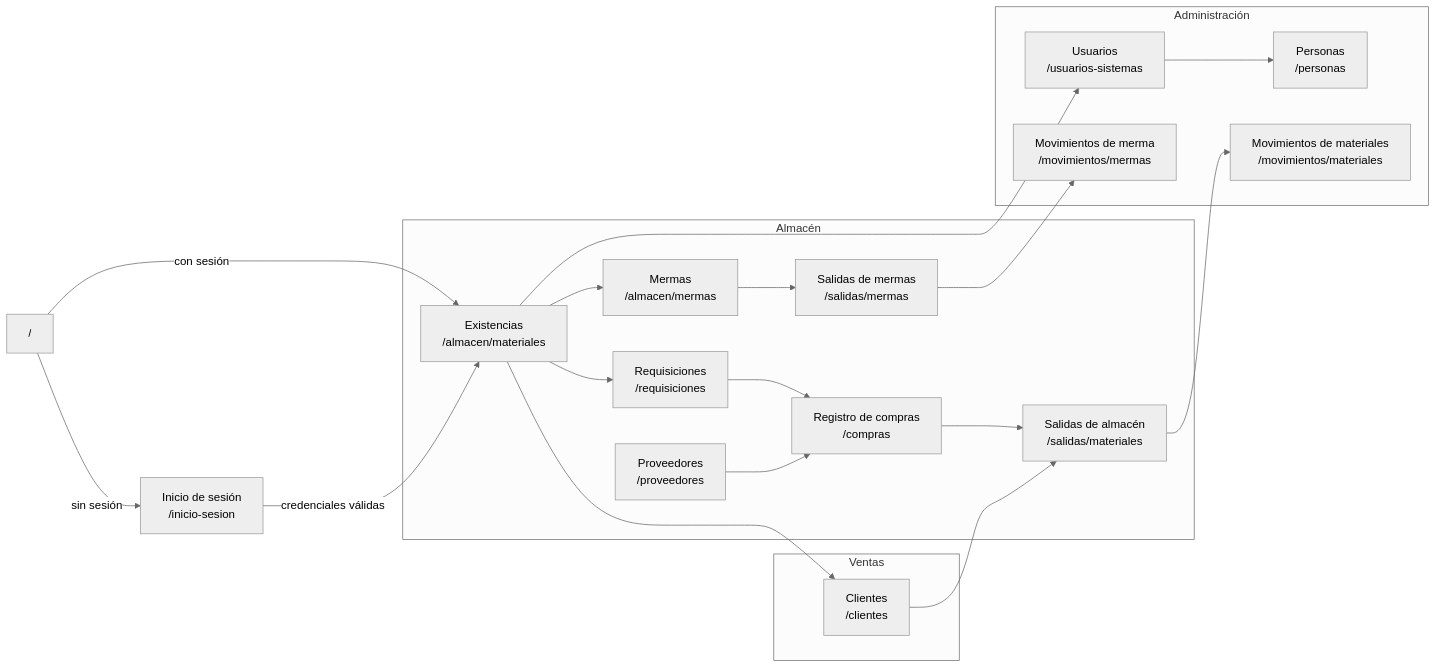
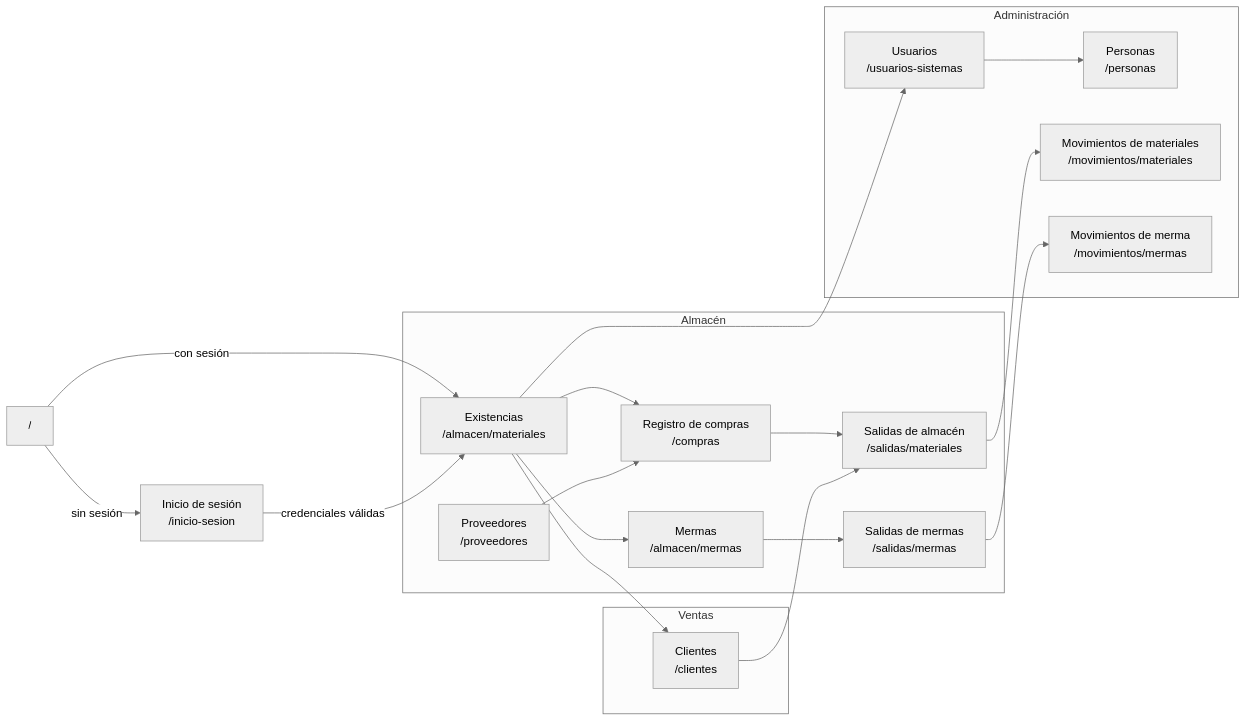
Before and after one commit to gpgsistemas01/nexus: the fourth of 5 diagrams in docs/architecture-and-web-views.md, drawn with Mermaid (neutral theme). The commit also changed other lines of this file and 15 other files, not shown here.

````diff
--- a/docs/architecture-and-web-views.md
+++ b/docs/architecture-and-web-views.md
@@ -140,40 +140,38 @@
 ```mermaid
 flowchart LR
     root["/ "] -->|"sin sesión"| login["Inicio de sesión<br/>/inicio-sesion"]
     root -->|"con sesión"| materials["Existencias<br/>/almacen/materiales"]
     login -->|"credenciales válidas"| materials
 
     subgraph warehouse["Almacén"]
         materials
         wastes["Mermas<br/>/almacen/mermas"]
-        requisitions["Requisiciones<br/>/requisiciones"]
         purchases["Registro de compras<br/>/compras"]
         goodsIssues["Salidas de almacén<br/>/salidas/materiales"]
         wasteIssues["Salidas de mermas<br/>/salidas/mermas"]
         suppliers["Proveedores<br/>/proveedores"]
     end
 
     subgraph sales["Ventas"]
         clients["Clientes<br/>/clientes"]
     end
 
     subgraph admin["Administración"]
         users["Usuarios<br/>/usuarios-sistemas"]
         persons["Personas<br/>/personas"]
         materialMovements["Movimientos de materiales<br/>/movimientos/materiales"]
         wasteMovements["Movimientos de merma<br/>/movimientos/mermas"]
     end
 
     materials --> wastes
-    materials --> requisitions
-    requisitions --> purchases
+    materials --> purchases
     purchases --> goodsIssues
     goodsIssues --> materialMovements
     wastes --> wasteIssues
     wasteIssues --> wasteMovements
     suppliers --> purchases
     clients --> goodsIssues
     materials --> clients
     materials --> users
     users --> persons
 ```
````
